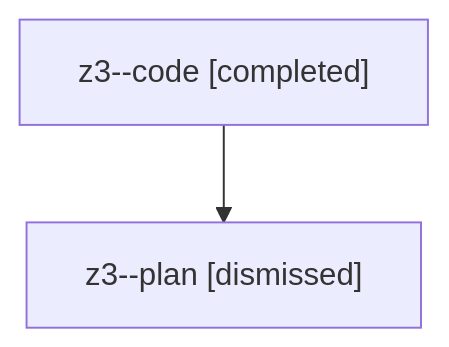
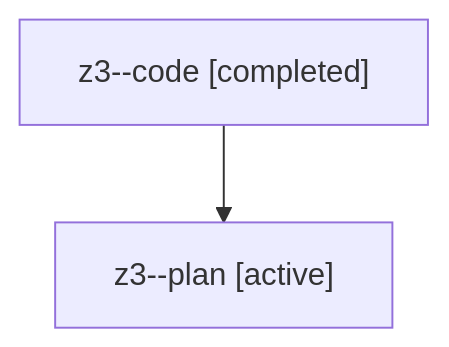
The diagram in families/bbugyi200.athena.z3.md (sase-org/sase--agents), drawn with Mermaid before and after one commit. The commit also changed other lines of this file and 35830 other files, not shown here.

````diff
--- a/families/bbugyi200.athena.z3.md
+++ b/families/bbugyi200.athena.z3.md
@@ -9,6 +9,6 @@
 ```mermaid
 flowchart TD
   n0["z3--code [completed]"]
-  n1["z3--plan [dismissed]"]
+  n1["z3--plan [active]"]
   n0 --> n1
 ```
````
